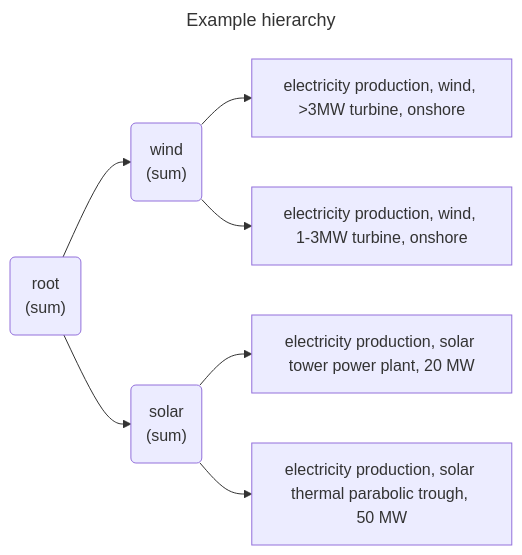
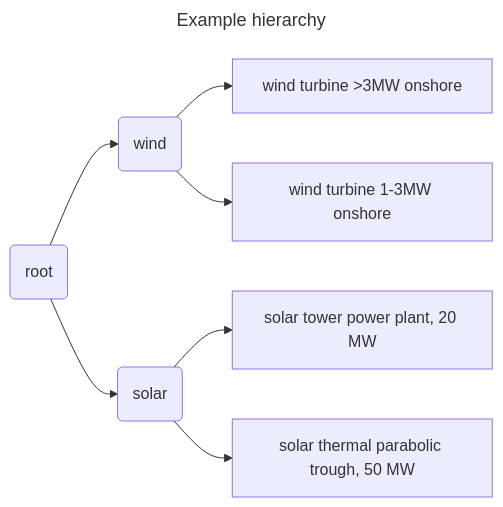
Before and after one commit to LIVENlab/enbios: the diagram in docs/Fundamentals.md, drawn with Mermaid. The commit also changed other lines of this file and 13 other files, not shown here.

````diff
--- a/docs/Fundamentals.md
+++ b/docs/Fundamentals.md
@@ -52,13 +52,13 @@
 ```mermaid
 ---
 title: Example hierarchy 
 ---
 graph LR
-    root("root\n(sum)")
-    root --> wind("wind\n(sum)")
-    root --> solar("solar\n(sum)")
-    wind --> w1[electricity production, wind, >3MW turbine, onshore]
-    wind --> w2[electricity production, wind, 1-3MW turbine, onshore]
-    solar --> s1[electricity production, solar tower power plant, 20 MW]
-    solar --> s2[electricity production, solar thermal parabolic trough, 50 MW]
+    root("root")
+    root --> wind("wind")
+    root --> solar("solar")
+    wind --> w1[wind turbine >3MW onshore]
+    wind --> w2[wind turbine 1-3MW onshore]
+    solar --> s1[solar tower power plant, 20 MW]
+    solar --> s2[solar thermal parabolic trough, 50 MW]
 ```
````
